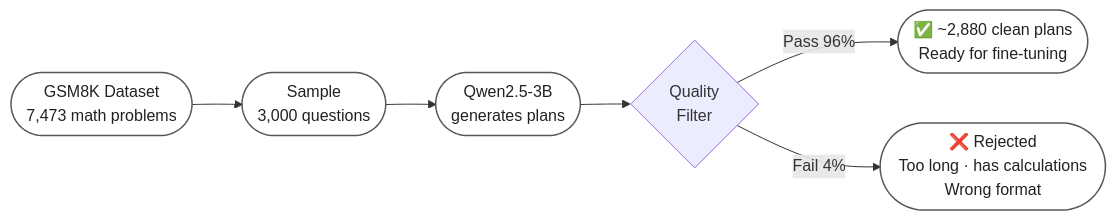
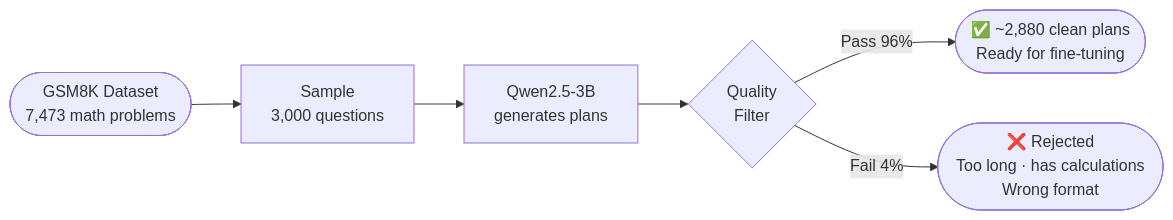
The third of 5 diagrams in week02_Adnan/Guide.md (sadi2003q/Small-Language-Model), drawn with Mermaid before and after one commit. The commit also changed other lines of this file, not shown here.

````diff
--- a/week02_Adnan/Guide.md
+++ b/week02_Adnan/Guide.md
@@ -90,15 +65,9 @@
 ```mermaid
 flowchart LR
-    A([GSM8K Dataset\n7,473 math problems]):::clean
-    B([Sample\n3,000 questions]):::clean
-    C([Qwen2.5-3B\ngenerates plans]):::clean
-    D{Quality\nFilter}
-    E([✅ ~2,880 clean plans\nReady for fine-tuning]):::clean
-    F([❌ Rejected\nToo long · has calculations\nWrong format]):::clean
-
-    A --> B --> C --> D
-    D -- Pass 96% --> E
-    D -- Fail 4% --> F
-
-    classDef clean fill:none,stroke:#555,stroke-width:1.5px,color:#222
+    A(["GSM8K Dataset\n7,473 math problems"]) --> B
+    B["Sample\n3,000 questions"] --> C
+    C["Qwen2.5-3B\ngenerates plans"] --> D
+    D{"Quality\nFilter"}
+    D -- Pass 96% --> E(["✅ ~2,880 clean plans\nReady for fine-tuning"])
+    D -- Fail 4% --> F(["❌ Rejected\nToo long · has calculations\nWrong format"])
 ```
````
